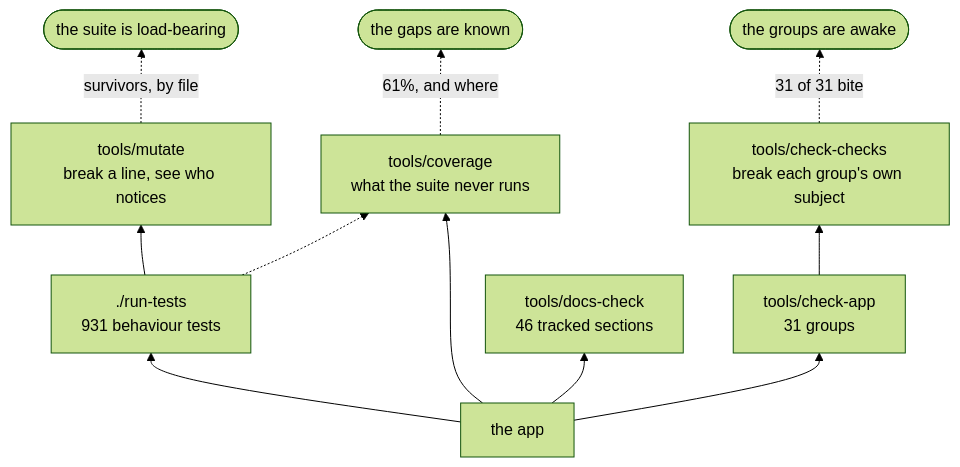
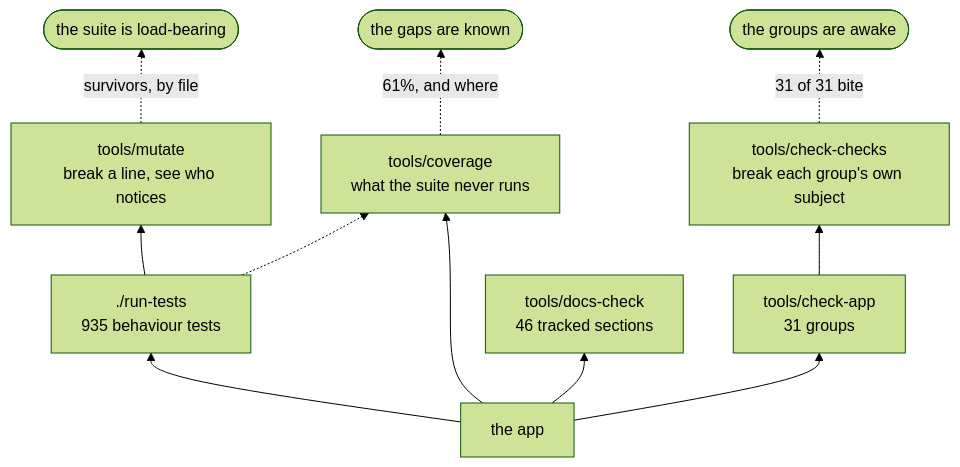
The second of 3 diagrams in docs/DEVELOPING.md (minormending/crystal-pilot-mobile), drawn with Mermaid (forest theme) before and after one commit. The commit also changed other lines of this file and 15 other files, not shown here.

````diff
--- a/docs/DEVELOPING.md
+++ b/docs/DEVELOPING.md
@@ -128,13 +128,13 @@
 ```mermaid
 flowchart BT
-    C["the app"] --> T["./run-tests<br/>931 behaviour tests"]
+    C["the app"] --> T["./run-tests<br/>935 behaviour tests"]
     C --> A["tools/check-app<br/>31 groups"]
     C --> D["tools/docs-check<br/>46 tracked sections"]
     C --> V["tools/coverage<br/>what the suite never runs"]
     T --> M["tools/mutate<br/>break a line, see who notices"]
     A --> K["tools/check-checks<br/>break each group's own subject"]
     T -.-> V
     M -.->|"survivors, by file"| R(["the suite is load-bearing"])
     K -.->|"31 of 31 bite"| R2(["the groups are awake"])
     V -.->|"61%, and where"| R3(["the gaps are known"])
 ```
````
